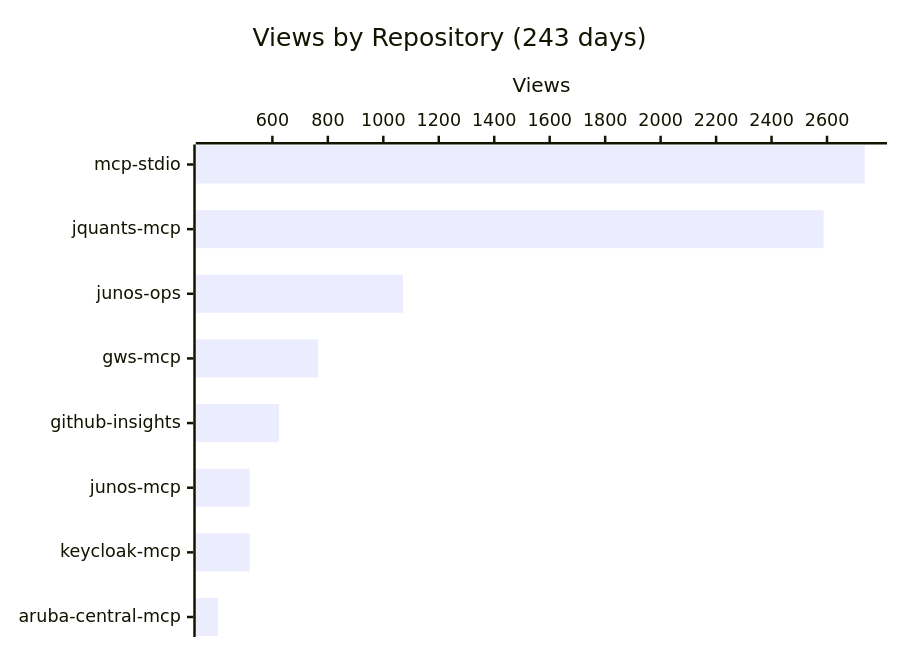
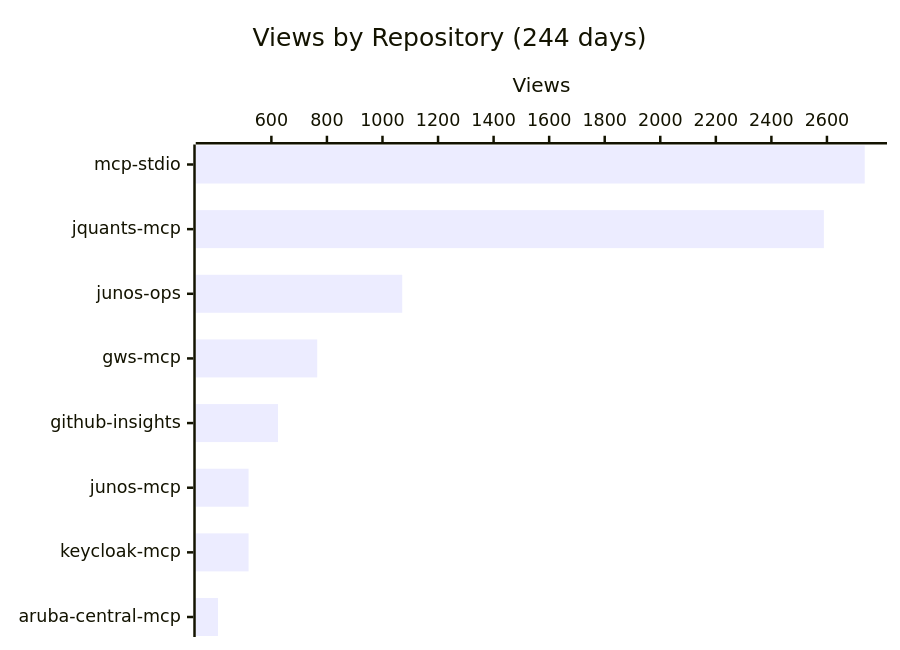
The first of 4 diagrams in README.md (shigechika/github-insights), drawn with Mermaid before and after one commit. The commit also changed other lines of this file and 1 other file, not shown here.

````diff
--- a/README.md
+++ b/README.md
@@ -18,7 +18,7 @@
 ```mermaid
 xychart-beta horizontal
-    title "Views by Repository (243 days)"
+    title "Views by Repository (244 days)"
     x-axis ["mcp-stdio", "jquants-mcp", "junos-ops", "gws-mcp", "github-insights", "junos-mcp", "keycloak-mcp", "aruba-central-mcp"]
     y-axis "Views"
-    bar [2736, 2588, 1071, 765, 624, 518, 518, 404]
+    bar [2736, 2589, 1071, 765, 624, 518, 518, 408]
 ```
````
